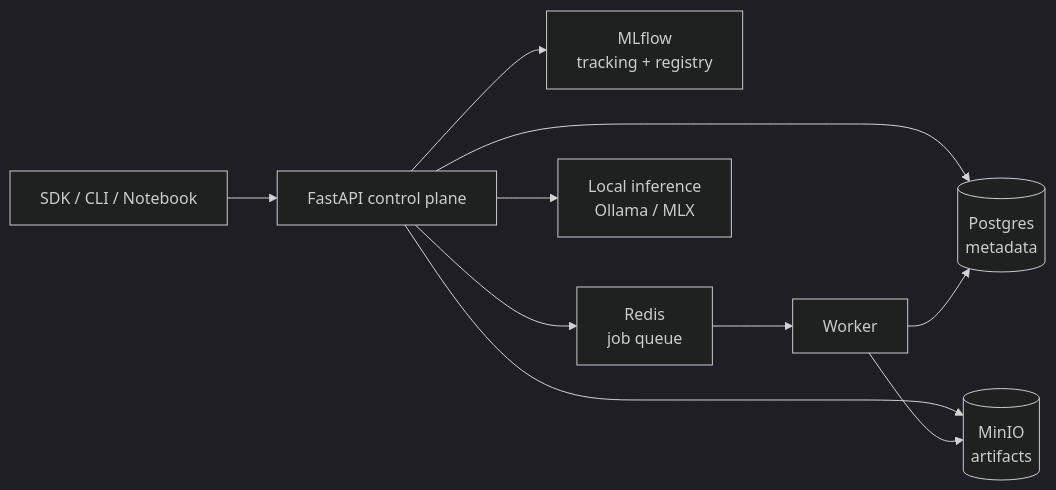
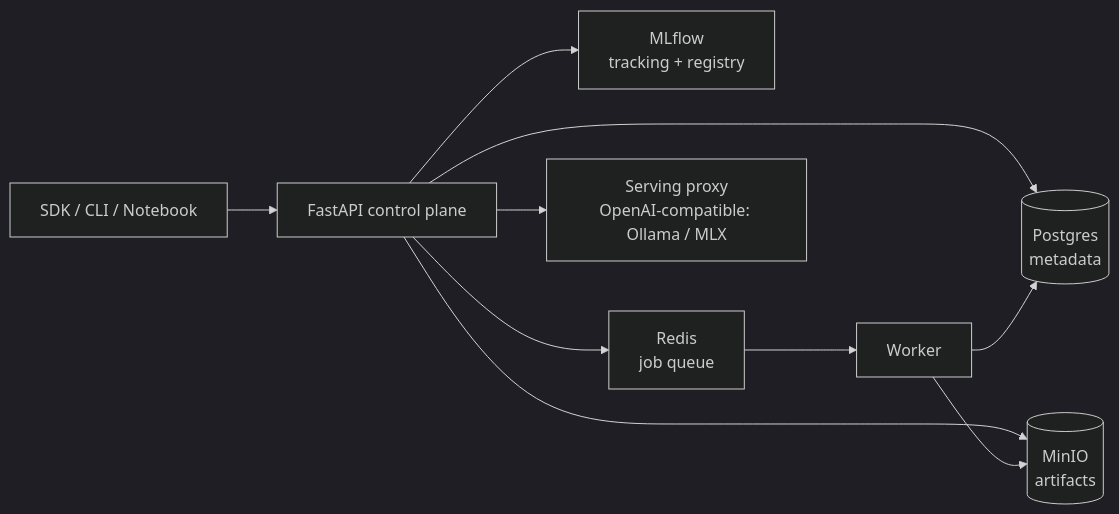
The diagram in README.md (guenp/localml), drawn with Mermaid (dark theme) before and after one commit. The commit also changed other lines of this file and 38 other files, not shown here.

````diff
--- a/README.md
+++ b/README.md
@@ -37,12 +37,12 @@
 ```mermaid
 flowchart LR
     User[SDK / CLI / Notebook] --> API[FastAPI control plane]
     API --> MLflow[MLflow<br/>tracking + registry]
     API --> DB[(Postgres<br/>metadata)]
     API --> Store[(MinIO<br/>artifacts)]
     API --> Queue[Redis<br/>job queue]
-    API --> Serving[Local inference<br/>Ollama / MLX]
+    API --> Serving[Serving proxy<br/>OpenAI-compatible: Ollama / MLX]
     Queue --> Worker[Worker]
     Worker --> Store
     Worker --> DB
 ```
````
